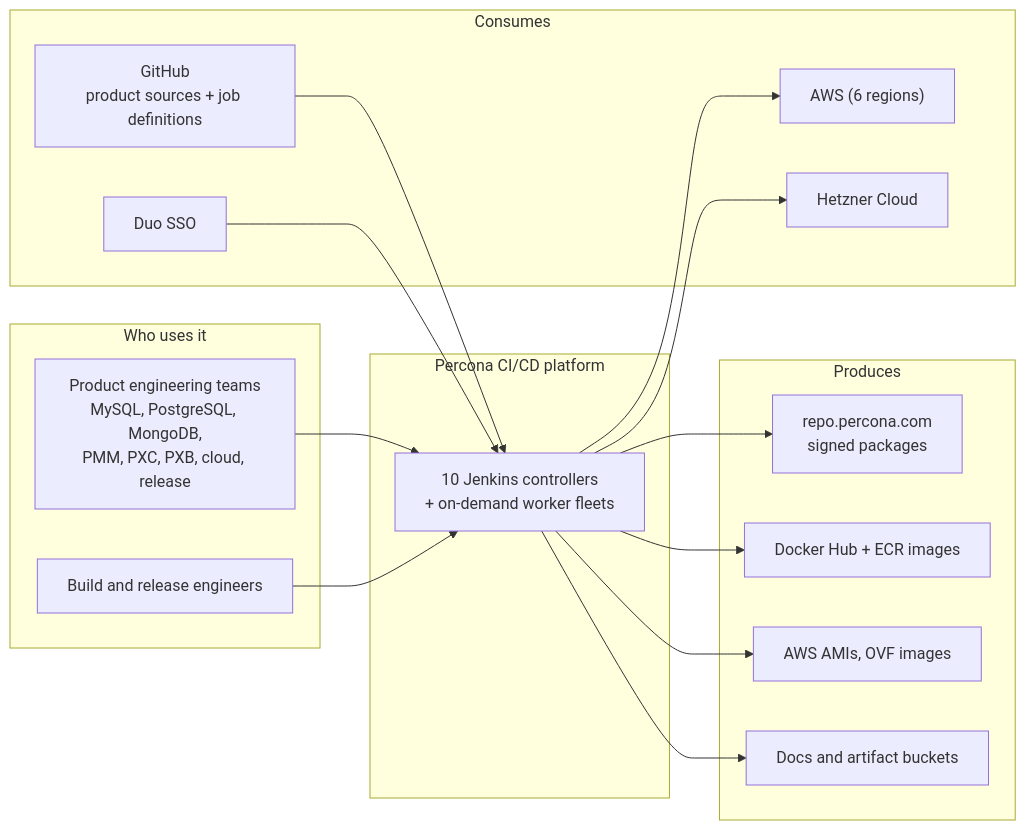
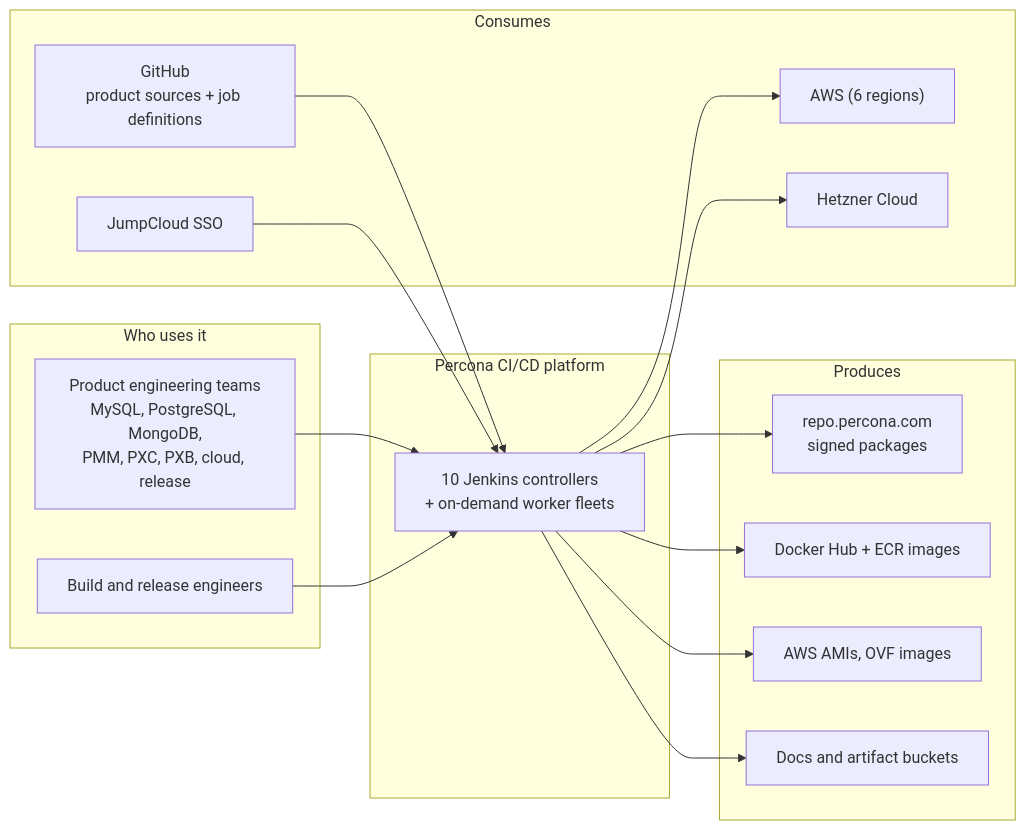
The first of 5 diagrams in docs/architecture.md (percona/percona-cd-platform), drawn with Mermaid before and after one commit. The commit also changed other lines of this file and 26 other files, not shown here.

First line of the commit message:
docs: describe JumpCloud as the corporate IdP behind Authentik

````diff
--- a/docs/architecture.md
+++ b/docs/architecture.md
@@ -28,36 +28,36 @@
 ```mermaid
 flowchart LR
     subgraph users["Who uses it"]
         teams["Product engineering teams<br/>MySQL, PostgreSQL, MongoDB,<br/>PMM, PXC, PXB, cloud, release"]
         be["Build and release engineers"]
     end
 
     subgraph platform["Percona CI/CD platform"]
         jenkins["10 Jenkins controllers<br/>+ on-demand worker fleets"]
     end
 
     subgraph inputs["Consumes"]
         gh["GitHub<br/>product sources + job definitions"]
-        duo["Duo SSO"]
+        duo["JumpCloud SSO"]
         aws["AWS (6 regions)"]
         htz["Hetzner Cloud"]
     end
 
     subgraph outputs["Produces"]
         repo["repo.percona.com<br/>signed packages"]
         reg["Docker Hub + ECR images"]
         ami["AWS AMIs, OVF images"]
         docs["Docs and artifact buckets"]
     end
 
     teams --> jenkins
     be --> jenkins
     gh --> jenkins
     duo --> jenkins
     jenkins --> aws
     jenkins --> htz
     jenkins --> repo
     jenkins --> reg
     jenkins --> ami
     jenkins --> docs
 ```
````
